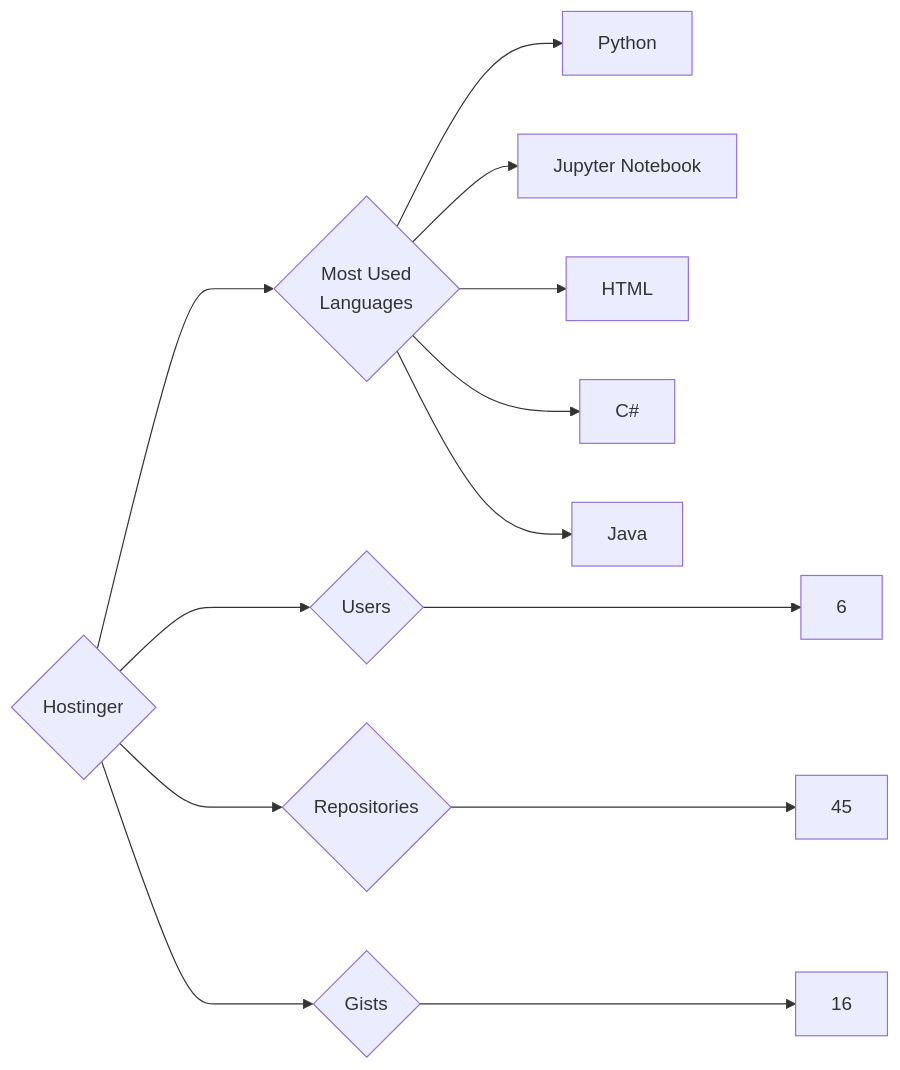
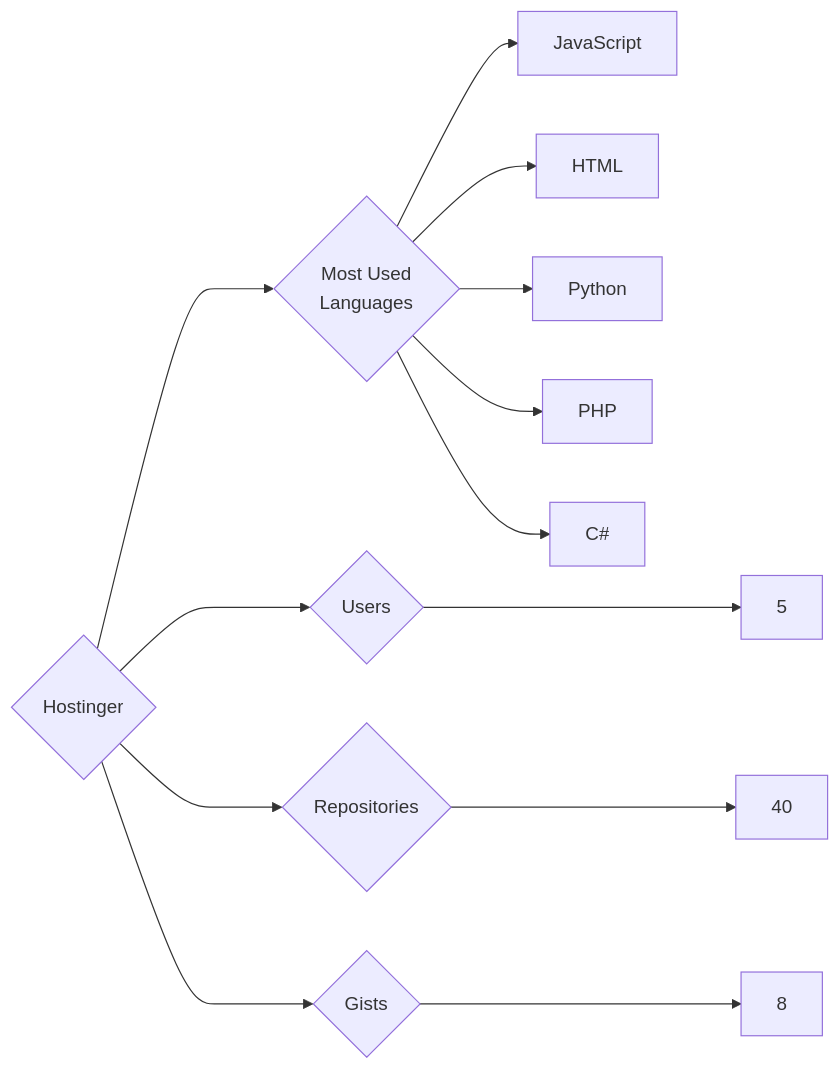
The diagram in targets/Hostinger/README.md (trickest/insiders), drawn with Mermaid before and after one commit. The commit also changed 938 other files, not shown here.

````diff
--- a/targets/Hostinger/README.md
+++ b/targets/Hostinger/README.md
@@ -3,13 +3,13 @@
 ```mermaid
 graph LR
 COMPANY_NAME{Hostinger}
-COMPANY_NAME ---> U{Users} ---> UN[6]
-COMPANY_NAME ---> R{Repositories} ---> RN[45]
-COMPANY_NAME ---> G{Gists} ---> GN[16]
+COMPANY_NAME ---> U{Users} ---> UN[5]
+COMPANY_NAME ---> R{Repositories} ---> RN[40]
+COMPANY_NAME ---> G{Gists} ---> GN[8]
 COMPANY_NAME ---> ML{Most Used<br>Languages}
+ML --> JavaScript[JavaScript]
+ML --> HTML[HTML]
 ML --> Python[Python]
-ML --> Jupyter_Notebook[Jupyter Notebook]
-ML --> HTML[HTML]
+ML --> PHP[PHP]
 ML --> C#[C#]
-ML --> Java[Java]
 ```
````
